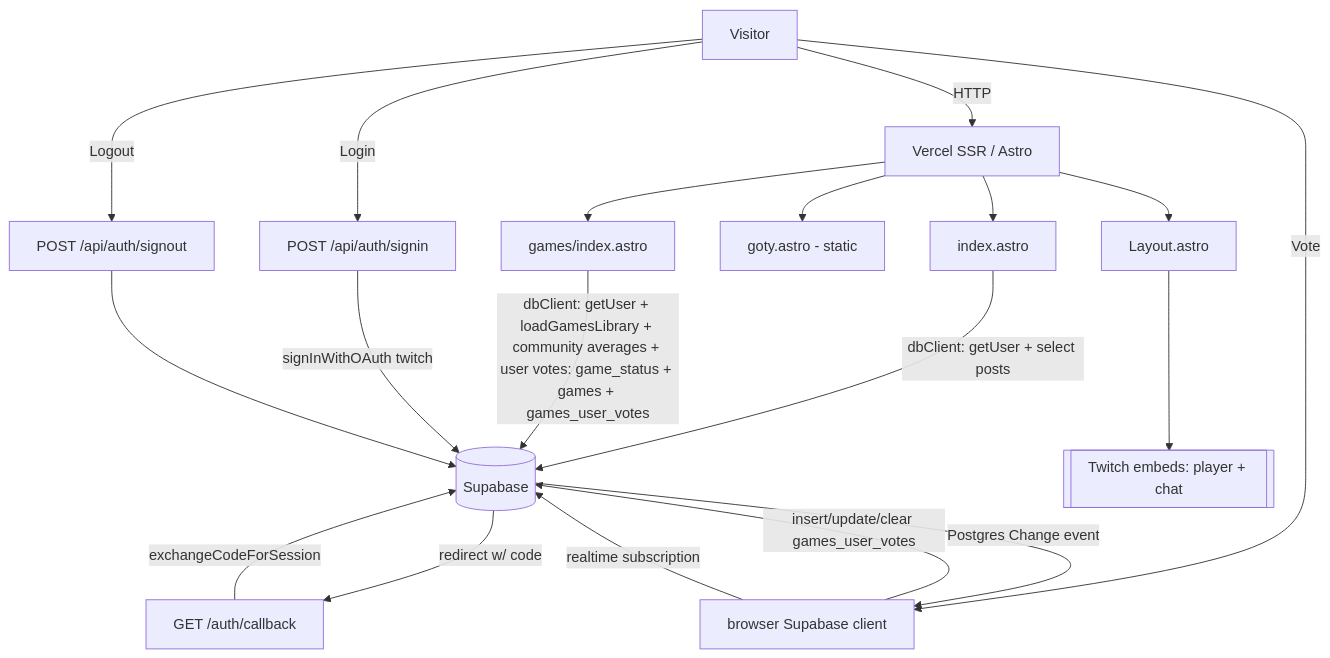
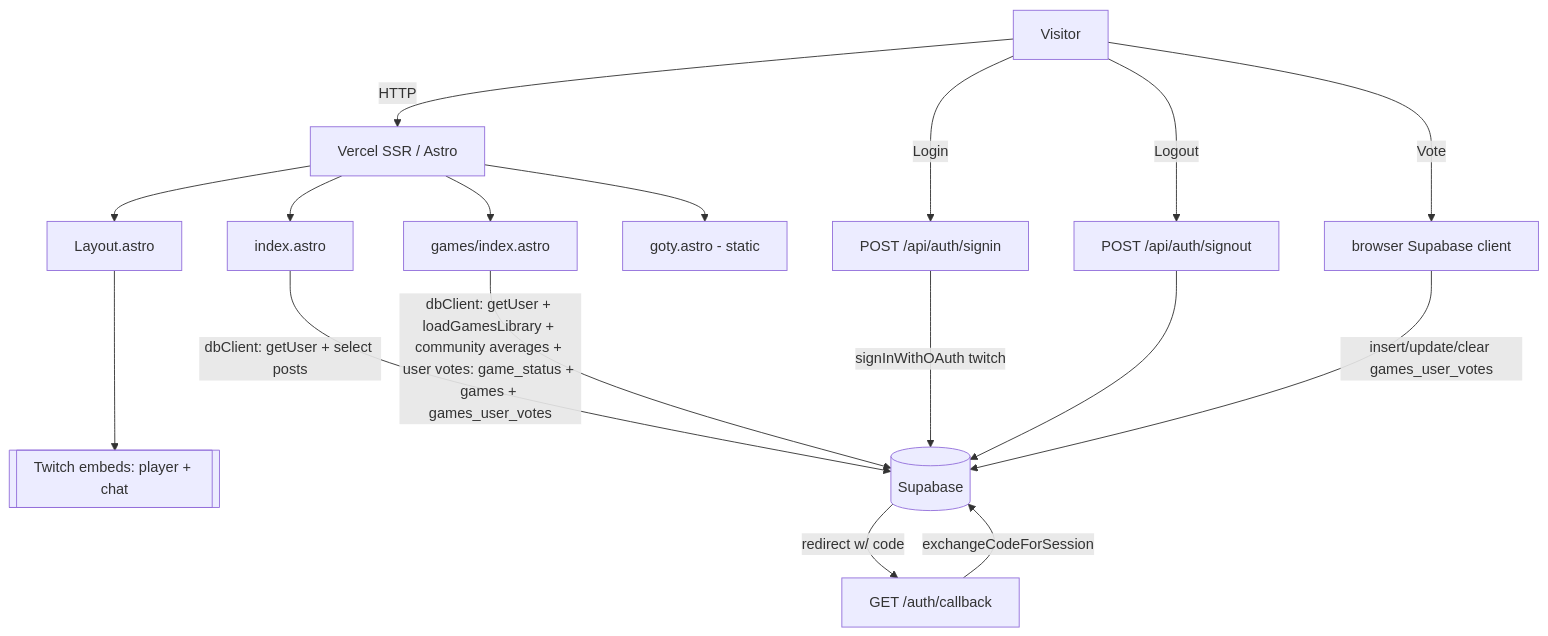
One commit to danygq/knekro-hub changed the diagram in ARCHITECTURE.md. Above: the diagram before and after it, drawn with Mermaid. The commit also changed other lines of this file and 7 other files, not shown here.

First line of the commit message:
$(cat <<'EOF' refactor: simplify voting by removing realtime subscription

````diff
--- a/ARCHITECTURE.md
+++ b/ARCHITECTURE.md
@@ -18,14 +18,13 @@
 ```mermaid
 flowchart TD
     U[Visitor] -->|HTTP| V[Vercel SSR / Astro]
     V --> L[Layout.astro]
     V --> Pi[index.astro] -->|dbClient: getUser + select posts| SB[(Supabase)]
     V --> Pg[games/index.astro] -->|dbClient: getUser + loadGamesLibrary + community averages + user votes: game_status + games + games_user_votes| SB
     V --> Pgo[goty.astro - static]
     U -->|Login| AS[POST /api/auth/signin] -->|signInWithOAuth twitch| SB
     SB -->|redirect w/ code| CB[GET /auth/callback] -->|exchangeCodeForSession| SB
     U -->|Logout| AO[POST /api/auth/signout] --> SB
     U -->|Vote| PV[browser Supabase client] -->|insert/update/clear games_user_votes| SB
-    SB -->|Postgres Change event| PV -->|realtime subscription| SB
     L --> TW[[Twitch embeds: player + chat]]
 ```
````
